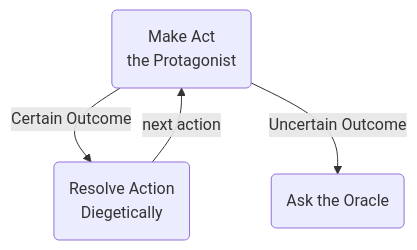
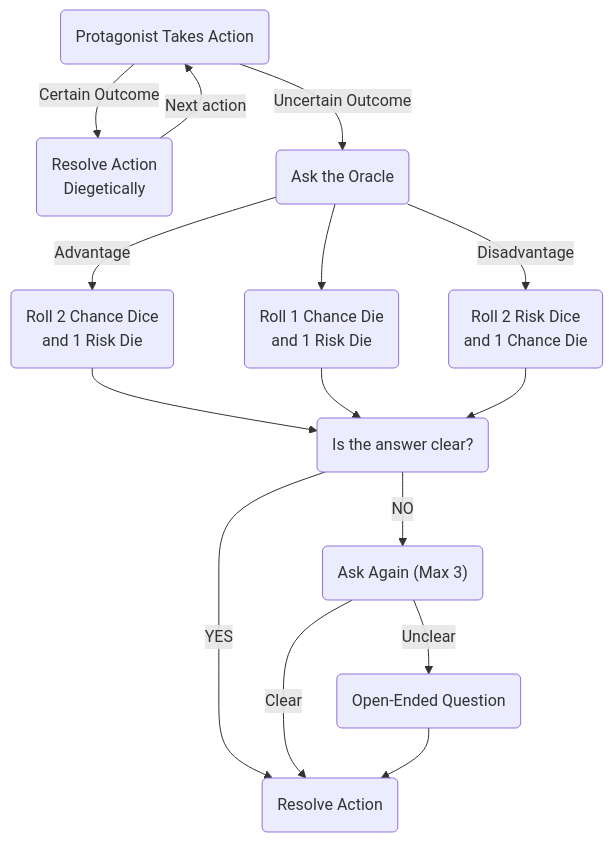
The second of 2 diagrams in diagrams.md (zeruhur/loner), drawn with Mermaid before and after one commit. The commit also changed other lines of this file, not shown here.

````diff
--- a/diagrams.md
+++ b/diagrams.md
@@ -19,11 +19,25 @@
 ```mermaid
 flowchart TD
-    id1(Make Act \n the Protagonist)
+    id1(Protagonist Takes Action)
     id2(Resolve Action \n Diegetically)
     id3(Ask the Oracle)
+    id4(Roll 2 Chance Dice \n and 1 Risk Die)
+    id5(Roll 2 Risk Dice \n and 1 Chance Die)
+    id6(Roll 1 Chance Die \n and 1 Risk Die)
+    id7(Is the answer clear?)
 
     id1 -- Certain Outcome --> id2
-    id2 --next action --> id1
+    id2 -- Next action --> id1
     id1 -- Uncertain Outcome --> id3
-
+    id3 -- Advantage --> id4
+    id3 --> id6
+    id3 -- Disadvantage --> id5
+    id4 --> id7
+    id6 --> id7
+    id5 --> id7 
+    id7 -- YES --> id8(Resolve Action)
+    id7 -- NO --> id9("Ask Again (Max 3)")
+    id9 -- Clear --> id8
+    id9 -- Unclear --> id11(Open-Ended Question)
+    id11 --> id8
 ```
````
